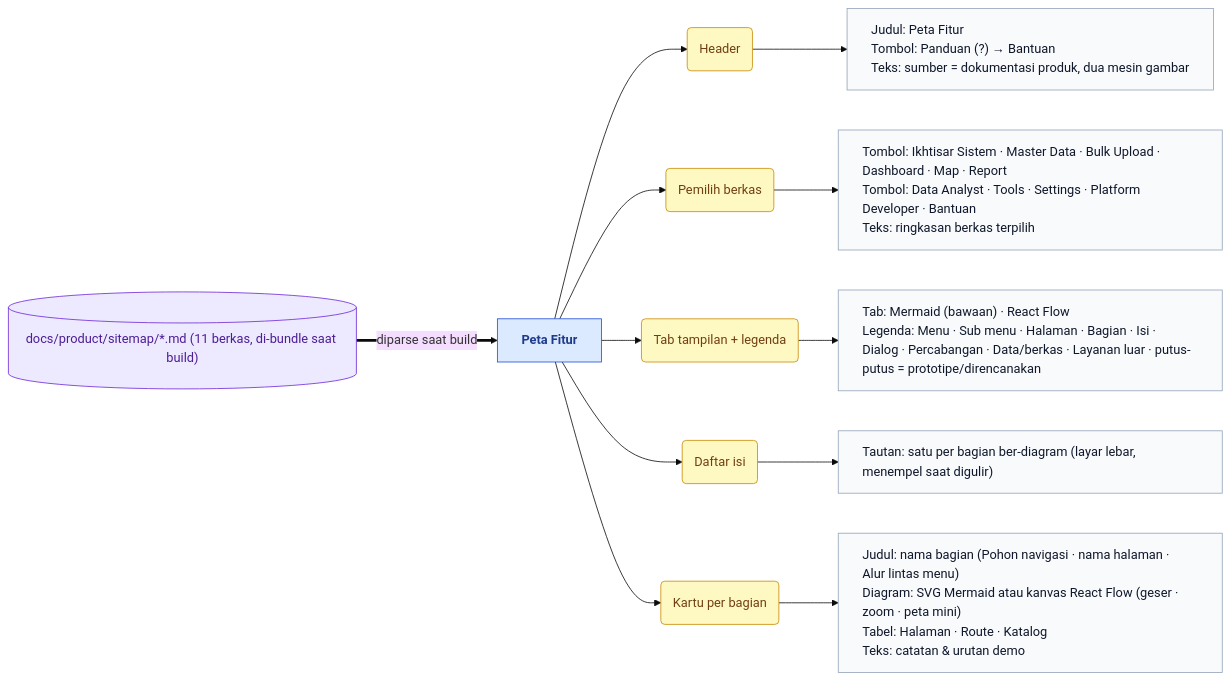
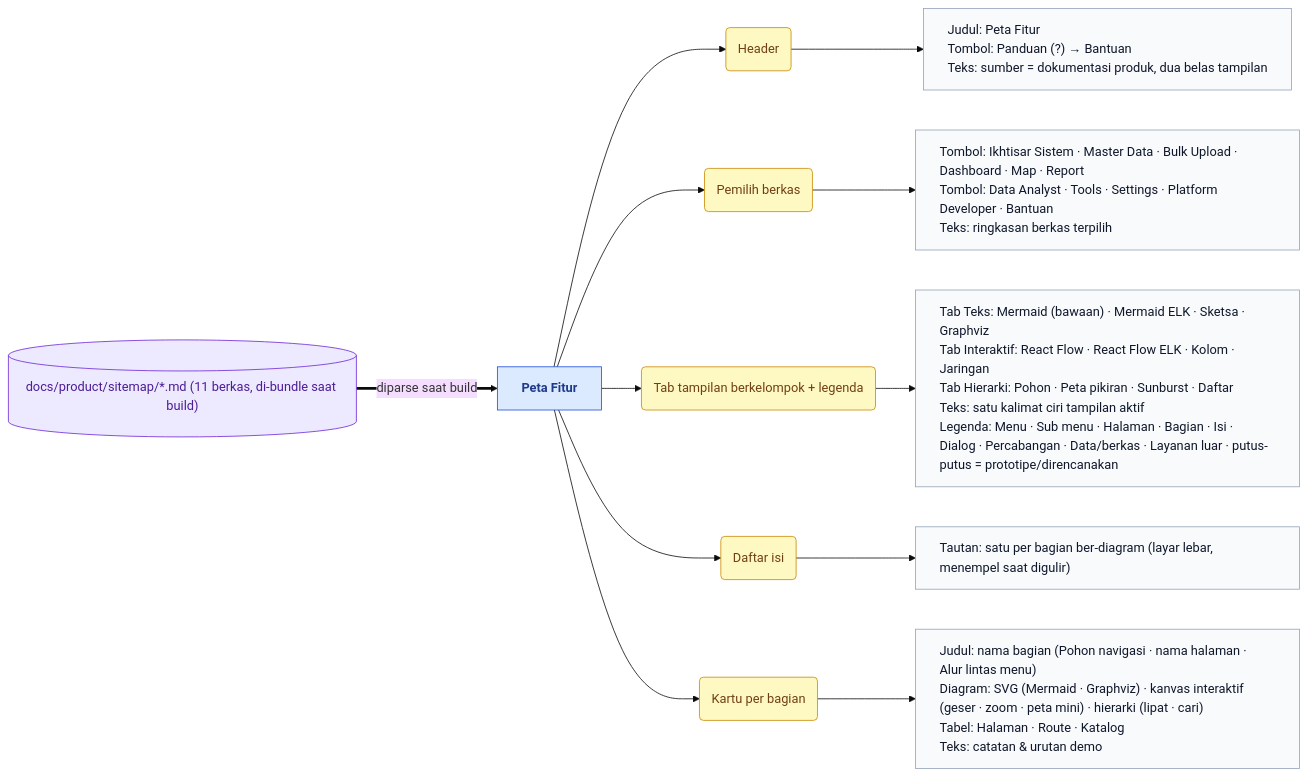
Before and after one commit to WRI-Indonesia/mis-smallholder-hub: the ninth of 10 diagrams in docs/product/sitemap/platform-developer.md, drawn with Mermaid (base theme). The commit also changed 23 other files, not shown here.

First line of the commit message:
feat(platform-developer): Peta Fitur 12 tampilan — Mermaid ELK · Sketsa · Graphviz · React Flow ELK · Kolom · Jaringan · Pohon · Peta pikiran · Sunburst · Daftar + rute dagre dari titik (#437)

````diff
--- a/docs/product/sitemap/platform-developer.md
+++ b/docs/product/sitemap/platform-developer.md
@@ -308,34 +308,34 @@
 ```mermaid
 %%{init: {"flowchart": {"wrappingWidth": 420}}}%%
 flowchart LR
   pd_sitemap_page["Peta Fitur"]:::page
 
   pd_sitemap_hdr("Header"):::section
-  pd_sitemap_hdr_c["Judul: Peta Fitur<br/>Tombol: Panduan (?) → Bantuan<br/>Teks: sumber = dokumentasi produk, dua mesin gambar"]:::content
+  pd_sitemap_hdr_c["Judul: Peta Fitur<br/>Tombol: Panduan (?) → Bantuan<br/>Teks: sumber = dokumentasi produk, dua belas tampilan"]:::content
 
   pd_sitemap_pick("Pemilih berkas"):::section
   pd_sitemap_pick_c["Tombol: Ikhtisar Sistem · Master Data · Bulk Upload · Dashboard · Map · Report<br/>Tombol: Data Analyst · Tools · Settings · Platform Developer · Bantuan<br/>Teks: ringkasan berkas terpilih"]:::content
 
-  pd_sitemap_view("Tab tampilan + legenda"):::section
-  pd_sitemap_view_c["Tab: Mermaid (bawaan) · React Flow<br/>Legenda: Menu · Sub menu · Halaman · Bagian · Isi · Dialog · Percabangan · Data/berkas · Layanan luar · putus-putus = prototipe/direncanakan"]:::content
+  pd_sitemap_view("Tab tampilan berkelompok + legenda"):::section
+  pd_sitemap_view_c["Tab Teks: Mermaid (bawaan) · Mermaid ELK · Sketsa · Graphviz<br/>Tab Interaktif: React Flow · React Flow ELK · Kolom · Jaringan<br/>Tab Hierarki: Pohon · Peta pikiran · Sunburst · Daftar<br/>Teks: satu kalimat ciri tampilan aktif<br/>Legenda: Menu · Sub menu · Halaman · Bagian · Isi · Dialog · Percabangan · Data/berkas · Layanan luar · putus-putus = prototipe/direncanakan"]:::content
 
   pd_sitemap_toc("Daftar isi"):::section
   pd_sitemap_toc_c["Tautan: satu per bagian ber-diagram (layar lebar, menempel saat digulir)"]:::content
 
   pd_sitemap_card("Kartu per bagian"):::section
-  pd_sitemap_card_c["Judul: nama bagian (Pohon navigasi · nama halaman · Alur lintas menu)<br/>Diagram: SVG Mermaid atau kanvas React Flow (geser · zoom · peta mini)<br/>Tabel: Halaman · Route · Katalog<br/>Teks: catatan & urutan demo"]:::content
+  pd_sitemap_card_c["Judul: nama bagian (Pohon navigasi · nama halaman · Alur lintas menu)<br/>Diagram: SVG (Mermaid · Graphviz) · kanvas interaktif (geser · zoom · peta mini) · hierarki (lipat · cari)<br/>Tabel: Halaman · Route · Katalog<br/>Teks: catatan & urutan demo"]:::content
 
   pd_sitemap_src[("docs/product/sitemap/*.md (11 berkas, di-bundle saat build)")]:::data
 
   pd_sitemap_page --> pd_sitemap_hdr --> pd_sitemap_hdr_c
   pd_sitemap_page --> pd_sitemap_pick --> pd_sitemap_pick_c
   pd_sitemap_page --> pd_sitemap_view --> pd_sitemap_view_c
   pd_sitemap_page --> pd_sitemap_toc --> pd_sitemap_toc_c
   pd_sitemap_page --> pd_sitemap_card --> pd_sitemap_card_c
   pd_sitemap_src ==>|diparse saat build| pd_sitemap_page
 
   classDef page fill:#dbeafe,stroke:#1d4ed8,color:#1e3a8a,font-weight:bold
   classDef section fill:#fef9c3,stroke:#ca8a04,color:#713f12
   classDef content fill:#f8fafc,stroke:#94a3b8,color:#0f172a,text-align:left
   classDef data fill:#ede9fe,stroke:#6d28d9,color:#4c1d95
 ```
````
